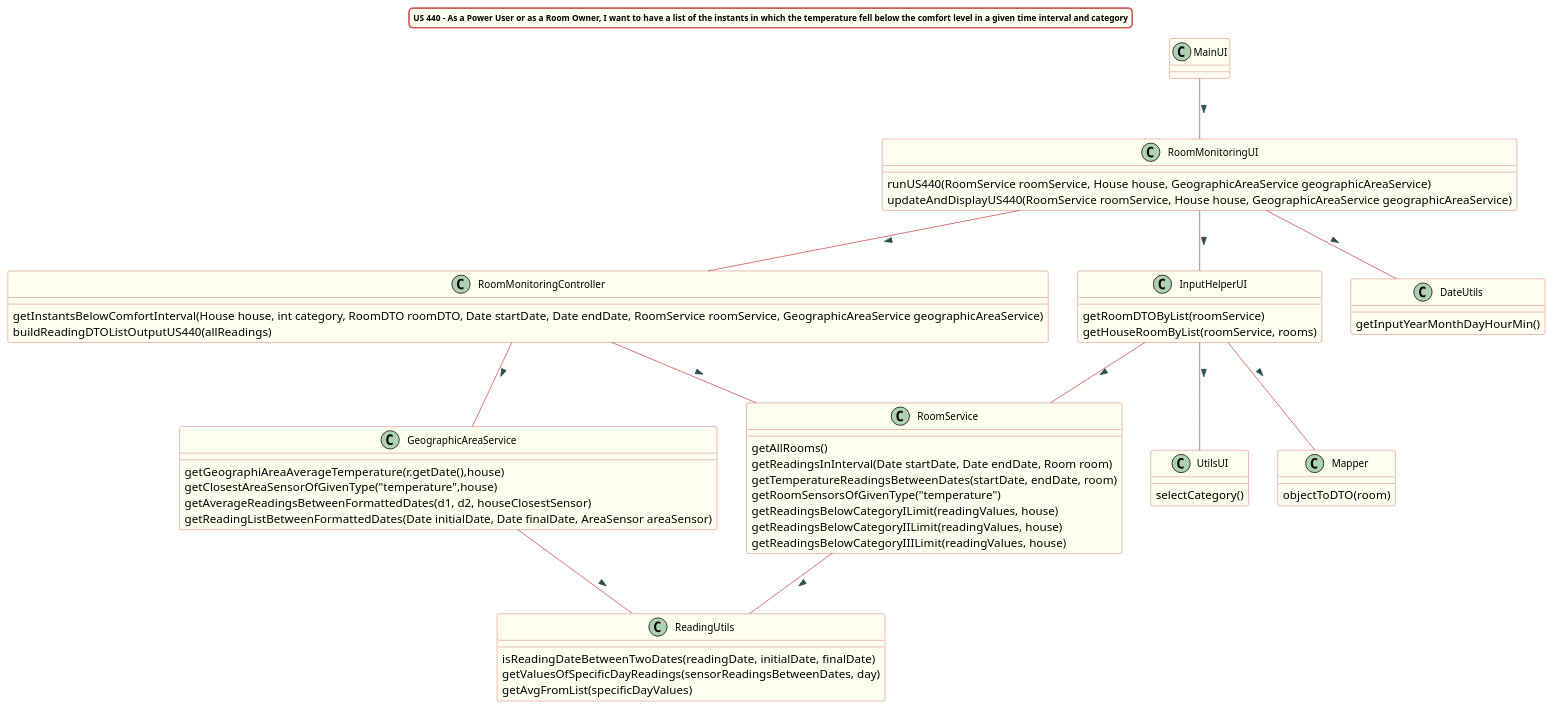
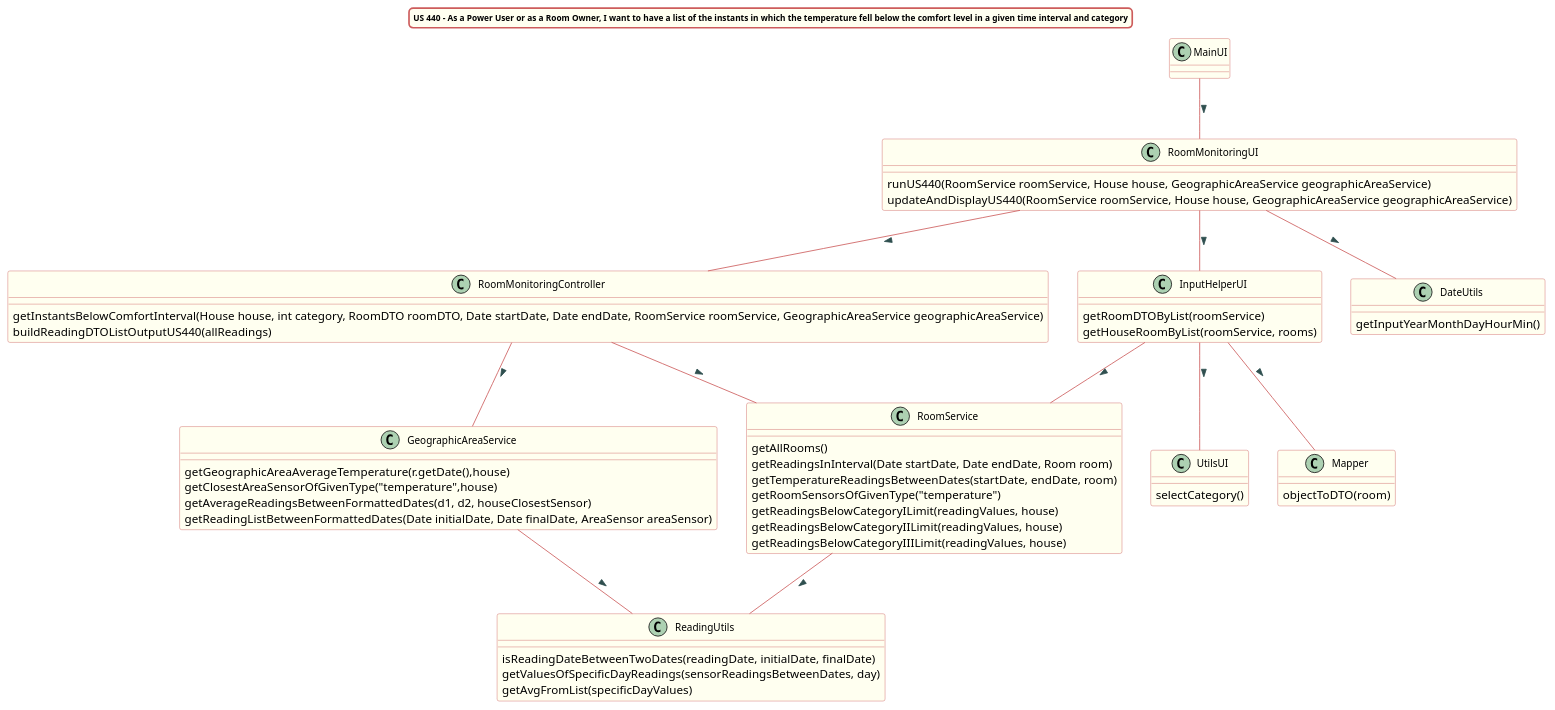
One commit to Almadanmp/project changed the diagram in src/doc/Controllers/RoomMonitoring/US440/US440_cd_RoomMonitoring.puml. Above: the diagram before and after it, drawn with PlantUML. The commit also changed 1 other file, not shown here.

```diff
--- a/src/doc/Controllers/RoomMonitoring/US440/US440_cd_RoomMonitoring.puml
+++ b/src/doc/Controllers/RoomMonitoring/US440/US440_cd_RoomMonitoring.puml
@@ -1,99 +1,99 @@
 @startuml
 
 title US 440 - As a Power User or as a Room Owner, I want to have a list of the instants in which the temperature fell below the comfort level in a given time interval and category
 skinparam titleBorderRoundCorner 10
 skinparam titleBorderThickness 2
 skinparam titleBorderColor indianred
 skinparam titleBackgroundColor ivory
 skinparam FontName verdana
 skinparam titleFontSize 10
 
 
 skinparam class {
   BorderColor indianred
   BackgroundColor indianred
   BackgroundColor ivory
    roundcorner 10
    ArrowFontName Verdana
    ArrowColor indianred
    ArrowFontColor darkslategrey
    FontSize 12
 }
 
 class RoomMonitoringController
 class RoomMonitoringUI
 class Mapper
 class RoomService
 class GeographicAreaService
 class DateUtils
 class InputHelperUI
 class UtilsUI
 
 
 MainUI -- RoomMonitoringUI : >
 RoomMonitoringUI -- DateUtils : >
 RoomMonitoringUI -- InputHelperUI : >
 InputHelperUI -- RoomService : >
 InputHelperUI -- Mapper : >
 InputHelperUI -- UtilsUI : >
 RoomMonitoringUI -- RoomMonitoringController : >
 RoomMonitoringController -- RoomService : >
 RoomService -- ReadingUtils : >
 RoomMonitoringController -- GeographicAreaService : >
 GeographicAreaService -- ReadingUtils : >
 
 
 
 class RoomMonitoringController {
 getInstantsBelowComfortInterval(House house, int category, RoomDTO roomDTO, Date startDate, Date endDate, RoomService roomService, GeographicAreaService geographicAreaService)
 buildReadingDTOListOutputUS440(allReadings)
 
 }
 
 class RoomMonitoringUI {
 runUS440(RoomService roomService, House house, GeographicAreaService geographicAreaService)
 updateAndDisplayUS440(RoomService roomService, House house, GeographicAreaService geographicAreaService)
 }
 
 class Mapper {
 objectToDTO(room)
 }
 
 class RoomService{
 getAllRooms()
 getReadingsInInterval(Date startDate, Date endDate, Room room)
 getTemperatureReadingsBetweenDates(startDate, endDate, room)
 getRoomSensorsOfGivenType("temperature")
 getReadingsBelowCategoryILimit(readingValues, house)
 getReadingsBelowCategoryIILimit(readingValues, house)
 getReadingsBelowCategoryIIILimit(readingValues, house)
 }
 
 class GeographicAreaService{
-getGeographiAreaAverageTemperature(r.getDate(),house)
+getGeographicAreaAverageTemperature(r.getDate(),house)
 getClosestAreaSensorOfGivenType("temperature",house)
 getAverageReadingsBetweenFormattedDates(d1, d2, houseClosestSensor)
 getReadingListBetweenFormattedDates(Date initialDate, Date finalDate, AreaSensor areaSensor)
 }
 
 class DateUtils {
 getInputYearMonthDayHourMin()
 }
 
 class InputHelperUI {
 getRoomDTOByList(roomService)
 getHouseRoomByList(roomService, rooms)
 }
 
 class UtilsUI {
 selectCategory()
 }
 
 class ReadingUtils {
 isReadingDateBetweenTwoDates(readingDate, initialDate, finalDate)
 getValuesOfSpecificDayReadings(sensorReadingsBetweenDates, day)
 getAvgFromList(specificDayValues)
 }
 
 
 @enduml
```
